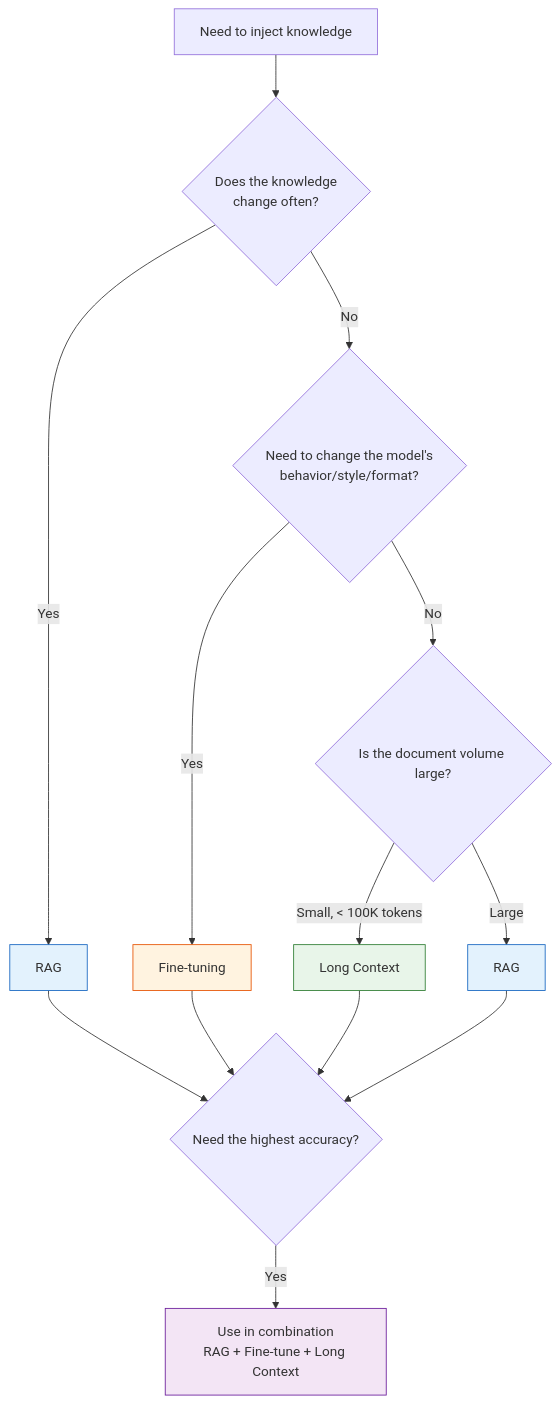
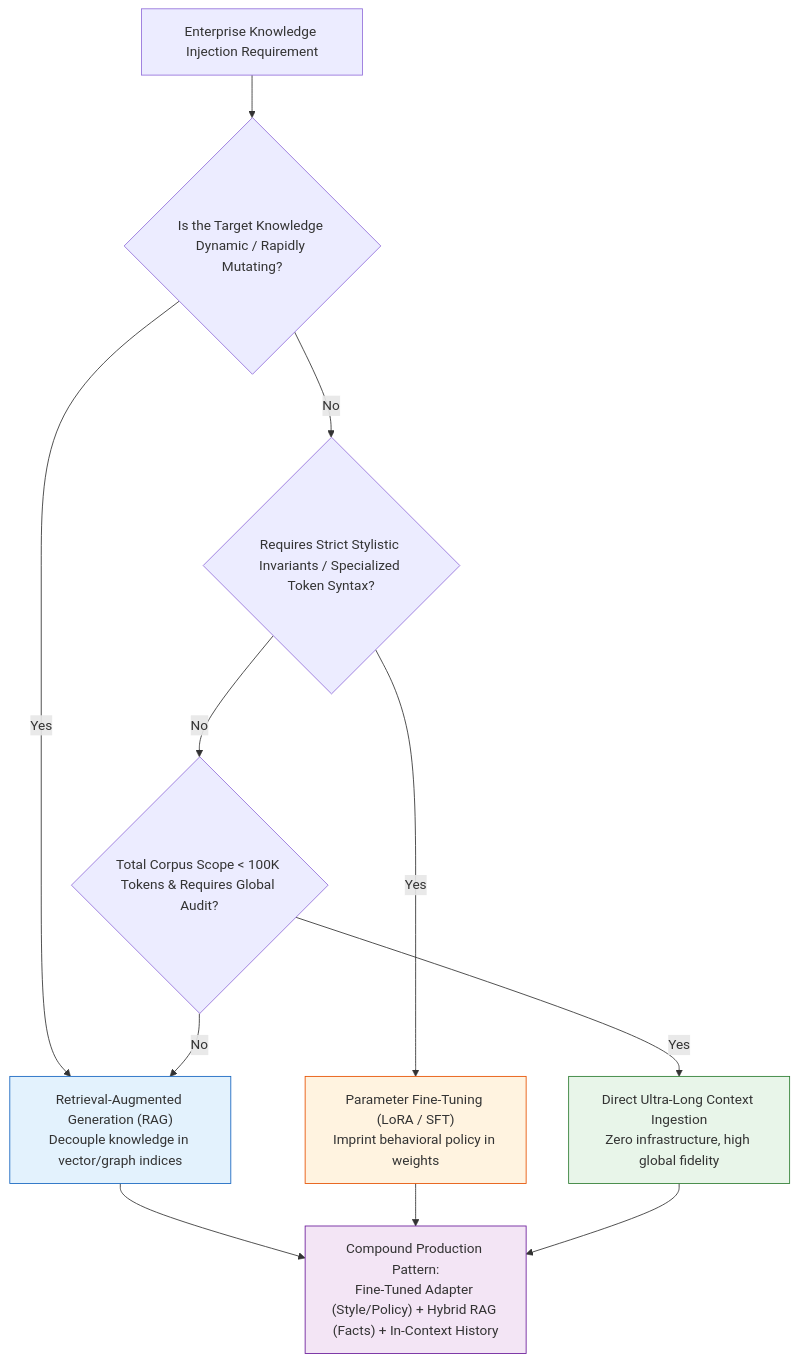
Before and after one commit to yingwang/thinking-in-llm: the seventh of 8 diagrams in en/chapters/10-knowledge.md, drawn with Mermaid. The commit also changed other lines of this file and 31 other files, not shown here.

````diff
--- a/en/chapters/10-knowledge.md
+++ b/en/chapters/10-knowledge.md
@@ -644,22 +362,22 @@
 ```mermaid
 flowchart TD
-    START[Need to inject knowledge] --> Q1{Does the knowledge<br/>change often?}
-    Q1 -->|Yes| RAG1[RAG]
-    Q1 -->|No| Q2{Need to change the model's<br/>behavior/style/format?}
-    Q2 -->|Yes| FT[Fine-tuning]
-    Q2 -->|No| Q3{Is the document volume large?}
-    Q3 -->|Small, < 100K tokens| LC[Long Context]
-    Q3 -->|Large| RAG2[RAG]
+    Req["Enterprise Knowledge Injection Requirement"] --> Q1{"Is the Target Knowledge Dynamic / Rapidly Mutating?"}
 
-    RAG1 --> Q4{Need the highest accuracy?}
-    RAG2 --> Q4
-    FT --> Q4
-    LC --> Q4
-    Q4 -->|Yes| COMBO["Use in combination<br/>RAG + Fine-tune + Long Context"]
+    Q1 -->|Yes| P1["Retrieval-Augmented Generation (RAG)<br/>Decouple knowledge in vector/graph indices"]
+    Q1 -->|No| Q2{"Requires Strict Stylistic Invariants / Specialized Token Syntax?"}
 
-    style RAG1 fill:#e3f2fd,stroke:#1565c0
-    style RAG2 fill:#e3f2fd,stroke:#1565c0
-    style FT fill:#fff3e0,stroke:#e65100
-    style LC fill:#e8f5e9,stroke:#2e7d32
-    style COMBO fill:#f3e5f5,stroke:#6a1b9a
+    Q2 -->|Yes| P2["Parameter Fine-Tuning (LoRA / SFT)<br/>Imprint behavioral policy in weights"]
+    Q2 -->|No| Q3{"Total Corpus Scope < 100K Tokens & Requires Global Audit?"}
+
+    Q3 -->|Yes| P3["Direct Ultra-Long Context Ingestion<br/>Zero infrastructure, high global fidelity"]
+    Q3 -->|No| P1
+
+    P1 --> Compound["Compound Production Pattern:<br/>Fine-Tuned Adapter (Style/Policy) + Hybrid RAG (Facts) + In-Context History"]
+    P2 --> Compound
+    P3 --> Compound
+
+    style P1 fill:#e3f2fd,stroke:#1565c0
+    style P2 fill:#fff3e0,stroke:#e65100
+    style P3 fill:#e8f5e9,stroke:#2e7d32
+    style Compound fill:#f3e5f5,stroke:#6a1b9a
 ```
````
